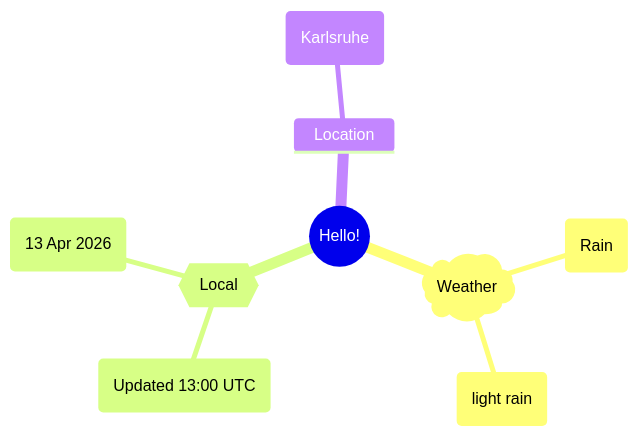
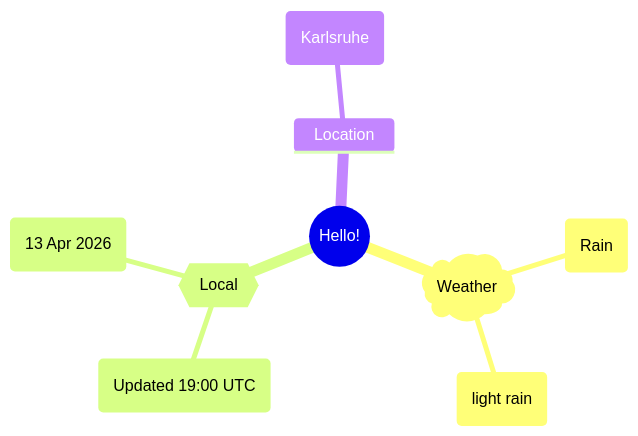
The first of 2 diagrams in README.md (Xosrov/Xosrov), drawn with Mermaid before and after one commit.

Commit message:
[bot] updated images

````diff
--- a/README.md
+++ b/README.md
@@ -3,12 +3,12 @@
 ```mermaid
 mindmap
   root((Hello!))
     )Weather(
         (Rain)
         (light rain)
     {{Local}}
-        (Updated 13:00 UTC)
+        (Updated 19:00 UTC)
         (13 Apr 2026)
     Location
         (Karlsruhe)
 ```
````
